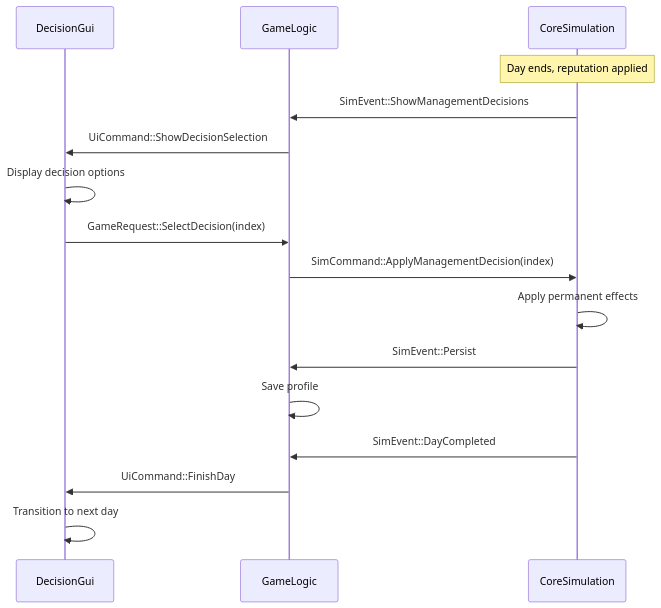
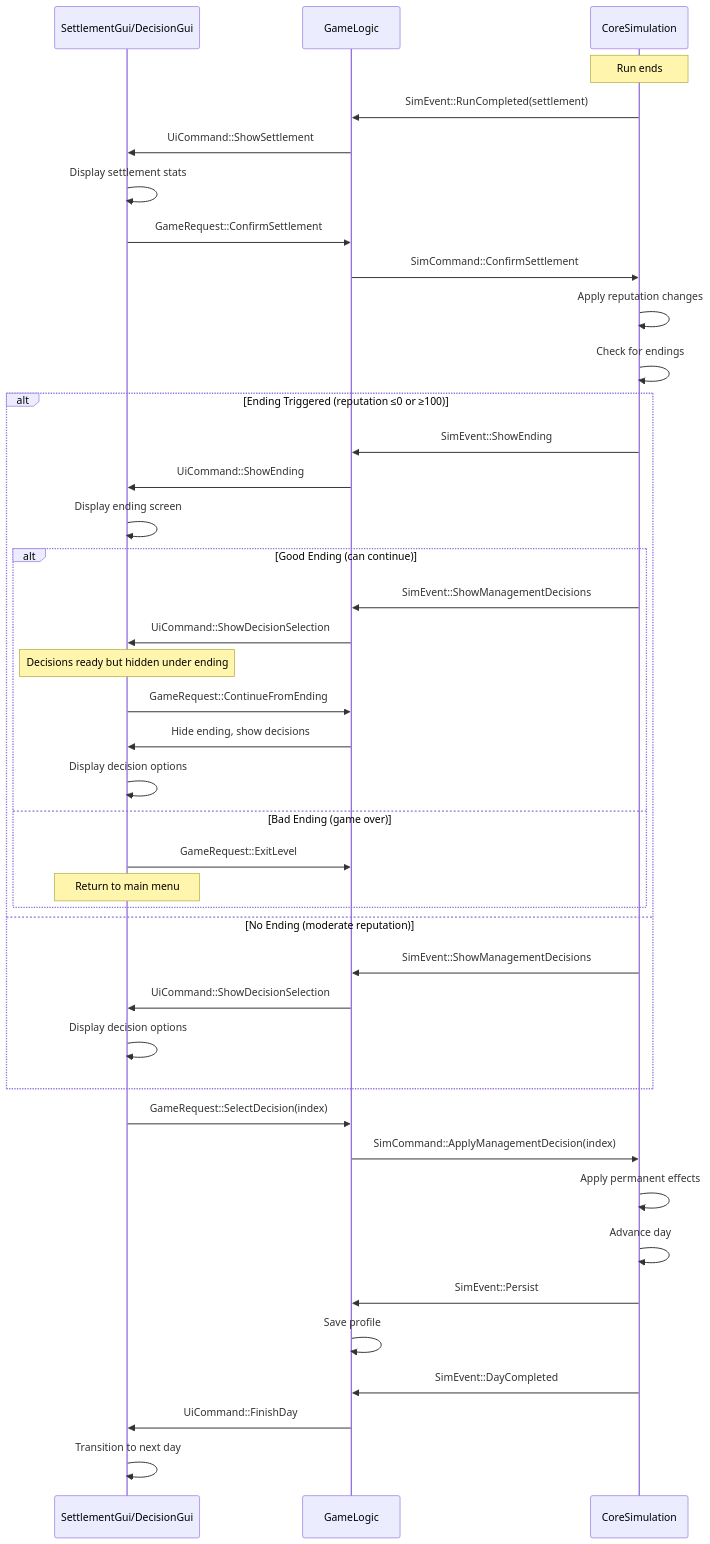
One commit to QuadnucYard/dishaster changed the second of 6 diagrams in docs/architecture.md. Above: the diagram before and after it, drawn with Mermaid. The commit also changed other lines of this file and 10 other files, not shown here.

Commit message:
feat: add confirm settlement and continue from ending commands to make interaction smooth

````diff
--- a/docs/architecture.md
+++ b/docs/architecture.md
@@ -64,22 +64,51 @@
 ```mermaid
 sequenceDiagram
-    participant UI as DecisionGui
+    participant UI as SettlementGui/DecisionGui
     participant Game as GameLogic
     participant Core as CoreSimulation
 
-    Note over Core: Day ends, reputation applied
-    Core->>Game: SimEvent::ShowManagementDecisions
-    Game->>UI: UiCommand::ShowDecisionSelection
-    UI->>UI: Display decision options
+    Note over Core: Run ends
+    Core->>Game: SimEvent::RunCompleted(settlement)
+    Game->>UI: UiCommand::ShowSettlement
+    UI->>UI: Display settlement stats
+
+    UI->>Game: GameRequest::ConfirmSettlement
+    Game->>Core: SimCommand::ConfirmSettlement
+    Core->>Core: Apply reputation changes
+    Core->>Core: Check for endings
+
+    alt Ending Triggered (reputation ≤0 or ≥100)
+        Core->>Game: SimEvent::ShowEnding
+        Game->>UI: UiCommand::ShowEnding
+        UI->>UI: Display ending screen
+
+        alt Good Ending (can continue)
+            Core->>Game: SimEvent::ShowManagementDecisions
+            Game->>UI: UiCommand::ShowDecisionSelection
+            Note over UI: Decisions ready but hidden under ending
+
+            UI->>Game: GameRequest::ContinueFromEnding
+            Game->>UI: Hide ending, show decisions
+            UI->>UI: Display decision options
+        else Bad Ending (game over)
+            UI->>Game: GameRequest::ExitLevel
+            Note over UI: Return to main menu
+        end
+    else No Ending (moderate reputation)
+        Core->>Game: SimEvent::ShowManagementDecisions
+        Game->>UI: UiCommand::ShowDecisionSelection
+        UI->>UI: Display decision options
+    end
 
     UI->>Game: GameRequest::SelectDecision(index)
     Game->>Core: SimCommand::ApplyManagementDecision(index)
 
     Core->>Core: Apply permanent effects
+    Core->>Core: Advance day
     Core->>Game: SimEvent::Persist
     Game->>Game: Save profile
 
     Core->>Game: SimEvent::DayCompleted
     Game->>UI: UiCommand::FinishDay
     UI->>UI: Transition to next day
 ```
````
